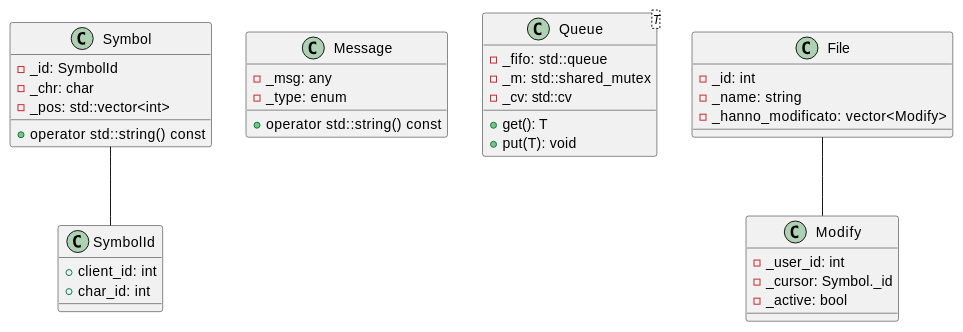
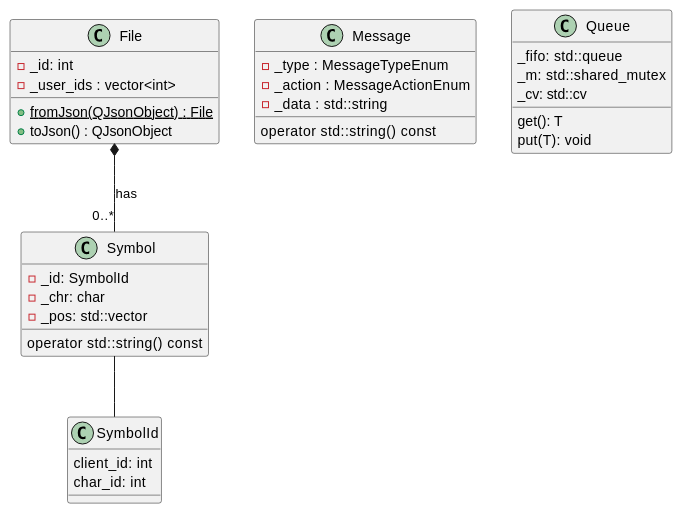
Before and after one commit to aleoli/Shared-Editor: the first of 3 diagrams in docs/Class diagrams.md, drawn with PlantUML. The commit also changed other lines of this file, not shown here.

Commit message:
Update classes File and Message in Class diagrams

```diff
--- a/docs/Class diagrams.md
+++ b/docs/Class diagrams.md
@@ -9,45 +9,41 @@
 @startuml
-class Symbol {
-- _id: SymbolId
-- _chr: char
-- _pos: std::vector<int>
+class Symbol { 
+- _id: SymbolId 
+- _chr: char 
+- _pos: std::vector
 
-+ operator std::string() const
+operator std::string() const 
 }
 
 class SymbolId {
-+ client_id: int
-+ char_id: int
+client_id: int
+char_id: int 
 }
 
 Symbol -- SymbolId
 
 class Message {
-- _msg: any
-- _type: enum
+- _type : MessageTypeEnum
+- _action : MessageActionEnum
+- _data : std::string
 
-+ operator std::string() const
+operator std::string() const 
 }
 
-class Queue<T> {
-- _fifo: std::queue
-- _m: std::shared_mutex
-- _cv: std::cv
-+ get(): T
-+ put(T): void
+class Queue {
+_fifo: std::queue
+_m: std::shared_mutex
+_cv: std::cv
+get(): T
+put(T): void 
 }
 
 class File {
 - _id: int
-- _name: string
-- _hanno_modificato: vector<Modify>
+- _user_ids : vector<int>
++ {static} fromJson(QJsonObject) : File
++ toJson() : QJsonObject
 }
 
-class Modify {
-- _user_id: int
-- _cursor: Symbol._id
-- _active: bool
-}
-
-File -- Modify
+File  *-- "0..*" Symbol : has
 @enduml
```
